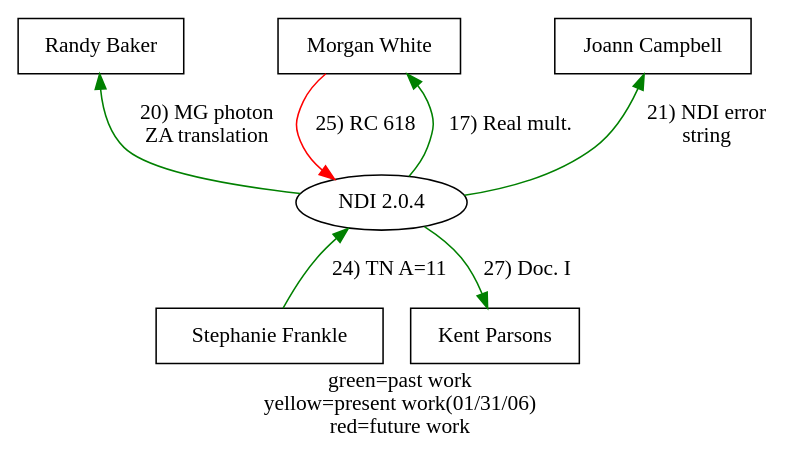
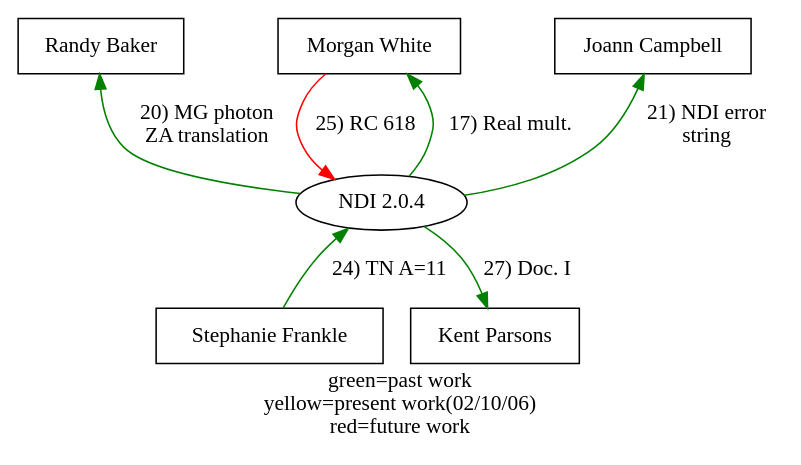
Before and after one commit to lanl/ndi: the diagram in doc/reqt/context_2.0.4.dot, drawn with Graphviz. The commit also changed 5 other files, not shown here.

```diff
--- a/doc/reqt/context_2.0.4.dot
+++ b/doc/reqt/context_2.0.4.dot
@@ -1,30 +1,30 @@
 digraph ndi {
 	//orientation=landscape;
 	page="8.5, 11";
 	size="6.5, 9";
 	center=true;
-	label="green=past work\nyellow=present work(01/31/06)\nred=future work";
+	label="green=past work\nyellow=present work(02/10/06)\nred=future work";
 	node[shape="box"];
 
 	/* stakeholders */
 	rsb[label="Randy Baker"];
 	jomc[label="Joann Campbell"];
 	morgan[label="Morgan White"];
 	frankles[label="Stephanie Frankle"];
 	dkp[label="Kent Parsons"];
 
 	/* project */
 	ndi[label="NDI 2.0.4", shape="ellipse"];
 
 	morgan -> ndi[label="25) RC 618", color=red];
 	ndi -> morgan[label="17) Real mult.", color=green];
 	ndi -> dkp[label="27) Doc. I", color=green];
 	ndi -> rsb[label="20) MG photon\nZA translation", color=green];
 
 	frankles -> ndi[label="24) TN A=11", color=green];
 	ndi -> jomc[label="21) NDI error\nstring", color=green];
 
 	{rank = min; morgan; rsb; jomc} 
 	{rank = max; dkp; frankles}
 
 }
```
